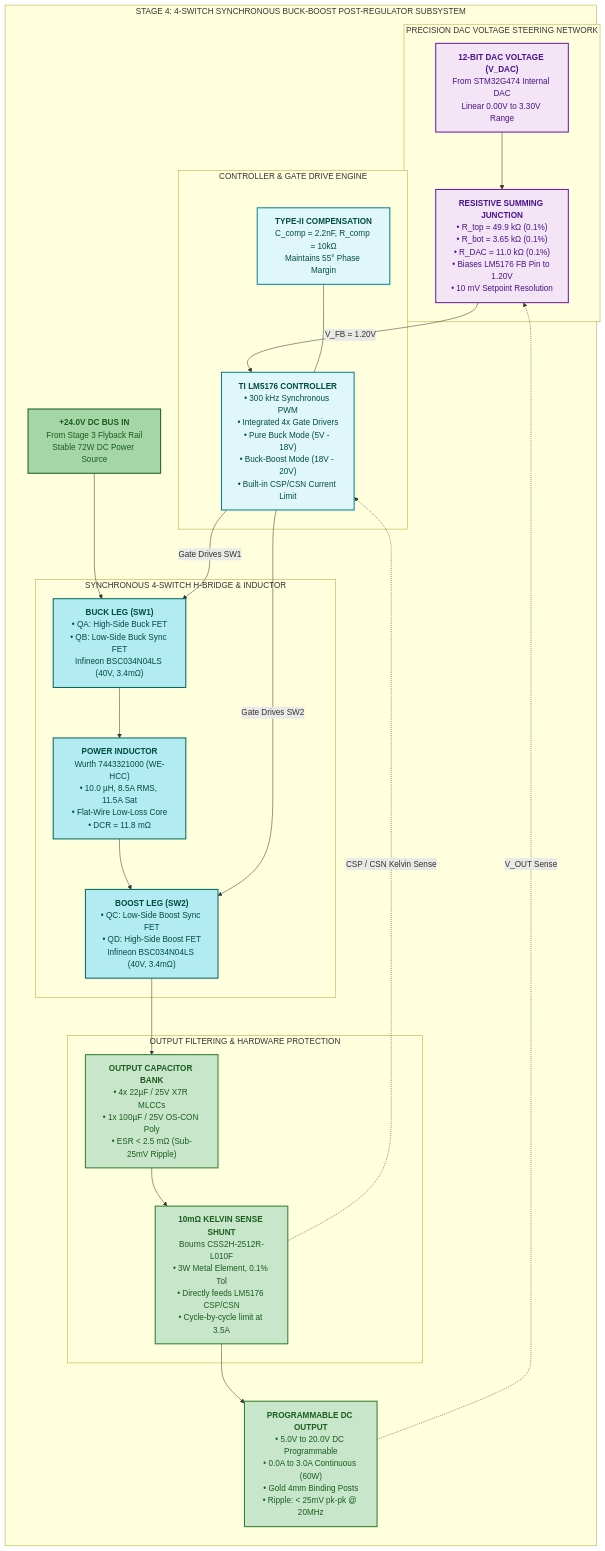
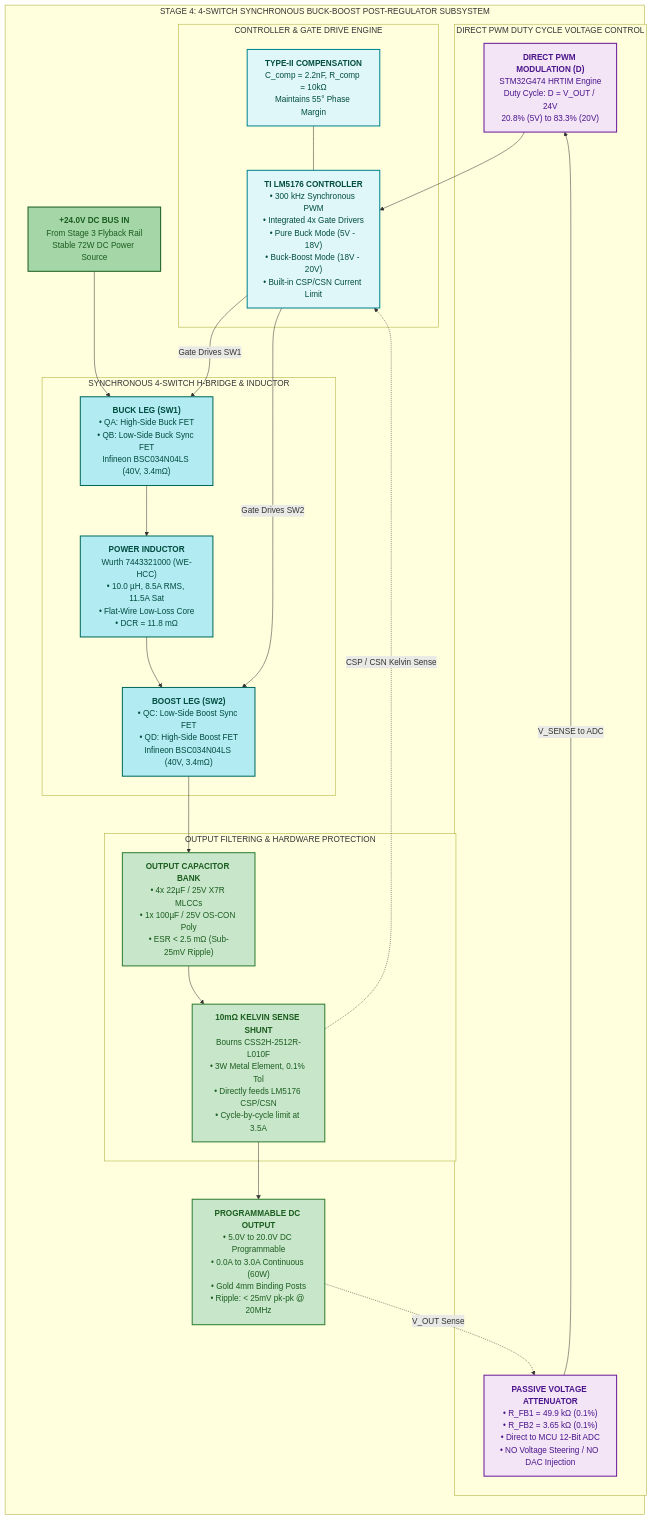
Before and after one commit to tthongs/av_iv: the diagram in final_prd_staging/mermaid/figure7_inside_stage4_buck_boost.mmd, drawn with Mermaid. The commit also changed 32 other files, not shown here.

Commit message:
feat: trash voltage steering, transition to direct PWM duty cycle voltage control, and regenerate connections diagram

```diff
--- a/final_prd_staging/mermaid/figure7_inside_stage4_buck_boost.mmd
+++ b/final_prd_staging/mermaid/figure7_inside_stage4_buck_boost.mmd
@@ -1,48 +1,48 @@
 flowchart LR
     classDef inStyle fill:#A5D6A7,stroke:#1B5E20,stroke-width:2px,color:#1B5E20
     classDef ctrlStyle fill:#E0F7FA,stroke:#00838F,stroke-width:2px,color:#004D40
     classDef bridgeStyle fill:#B2EBF2,stroke:#00695C,stroke-width:2px,color:#004D40
     classDef dacStyle fill:#F3E5F5,stroke:#6A1B9A,stroke-width:2px,color:#4A148C
     classDef outStyle fill:#C8E6C9,stroke:#2E7D32,stroke-width:2px,color:#1B5E20
 
     subgraph STAGE4_BUCKBOOST ["STAGE 4: 4-SWITCH SYNCHRONOUS BUCK-BOOST POST-REGULATOR SUBSYSTEM"]
         BUS_IN["<b>+24.0V DC BUS IN</b><br/>From Stage 3 Flyback Rail<br/>Stable 72W DC Power Source"]:::inStyle
 
         subgraph CONTROLLER_CELL ["CONTROLLER & GATE DRIVE ENGINE"]
             LM5176["<b>TI LM5176 CONTROLLER</b><br/>• 300 kHz Synchronous PWM<br/>• Integrated 4x Gate Drivers<br/>• Pure Buck Mode (5V - 18V)<br/>• Buck-Boost Mode (18V - 20V)<br/>• Built-in CSP/CSN Current Limit"]:::ctrlStyle
             COMP_NET["<b>TYPE-II COMPENSATION</b><br/>C_comp = 2.2nF, R_comp = 10kΩ<br/>Maintains 55° Phase Margin"]:::ctrlStyle
         end
 
         subgraph SWITCHING_H_BRIDGE ["SYNCHRONOUS 4-SWITCH H-BRIDGE & INDUCTOR"]
             QA_QB["<b>BUCK LEG (SW1)</b><br/>• QA: High-Side Buck FET<br/>• QB: Low-Side Buck Sync FET<br/>Infineon BSC034N04LS (40V, 3.4mΩ)"]:::bridgeStyle
             L_IND["<b>POWER INDUCTOR</b><br/>Wurth 7443321000 (WE-HCC)<br/>• 10.0 µH, 8.5A RMS, 11.5A Sat<br/>• Flat-Wire Low-Loss Core<br/>• DCR = 11.8 mΩ"]:::bridgeStyle
             QC_QD["<b>BOOST LEG (SW2)</b><br/>• QC: Low-Side Boost Sync FET<br/>• QD: High-Side Boost FET<br/>Infineon BSC034N04LS (40V, 3.4mΩ)"]:::bridgeStyle
         end
 
         subgraph OUTPUT_BANK ["OUTPUT FILTERING & HARDWARE PROTECTION"]
             OUT_CAPS["<b>OUTPUT CAPACITOR BANK</b><br/>• 4x 22µF / 25V X7R MLCCs<br/>• 1x 100µF / 25V OS-CON Poly<br/>• ESR &lt; 2.5 mΩ (Sub-25mV Ripple)"]:::outStyle
             SHUNT["<b>10mΩ KELVIN SENSE SHUNT</b><br/>Bourns CSS2H-2512R-L010F<br/>• 3W Metal Element, 0.1% Tol<br/>• Directly feeds LM5176 CSP/CSN<br/>• Cycle-by-cycle limit at 3.5A"]:::outStyle
         end
 
-        subgraph DAC_STEERING ["PRECISION DAC VOLTAGE STEERING NETWORK"]
-            DAC_IN["<b>12-BIT DAC VOLTAGE (V_DAC)</b><br/>From STM32G474 Internal DAC<br/>Linear 0.00V to 3.30V Range"]:::dacStyle
-            RES_SUM["<b>RESISTIVE SUMMING JUNCTION</b><br/>• R_top = 49.9 kΩ (0.1%)<br/>• R_bot = 3.65 kΩ (0.1%)<br/>• R_DAC = 11.0 kΩ (0.1%)<br/>• Biases LM5176 FB Pin to 1.20V<br/>• 10 mV Setpoint Resolution"]:::dacStyle
+        subgraph PWM_VOLTAGE_CONTROL ["DIRECT PWM DUTY CYCLE VOLTAGE CONTROL"]
+            PWM_IN["<b>DIRECT PWM MODULATION (D)</b><br/>STM32G474 HRTIM Engine<br/>Duty Cycle: D = V_OUT / 24V<br/>20.8% (5V) to 83.3% (20V)"]:::dacStyle
+            RES_SUM["<b>PASSIVE VOLTAGE ATTENUATOR</b><br/>• R_FB1 = 49.9 kΩ (0.1%)<br/>• R_FB2 = 3.65 kΩ (0.1%)<br/>• Direct to MCU 12-Bit ADC<br/>• NO Voltage Steering / NO DAC Injection"]:::dacStyle
         end
 
         OUT_POSTS["<b>PROGRAMMABLE DC OUTPUT</b><br/>• 5.0V to 20.0V DC Programmable<br/>• 0.0A to 3.0A Continuous (60W)<br/>• Gold 4mm Binding Posts<br/>• Ripple: &lt; 25mV pk-pk @ 20MHz"]:::outStyle
 
         BUS_IN --> QA_QB
         LM5176 -->|Gate Drives SW1| QA_QB
         QA_QB --> L_IND
         L_IND --> QC_QD
         LM5176 -->|Gate Drives SW2| QC_QD
         QC_QD --> OUT_CAPS
         OUT_CAPS --> SHUNT
         SHUNT --> OUT_POSTS
 
         SHUNT -.->|CSP / CSN Kelvin Sense| LM5176
         OUT_POSTS -.->|V_OUT Sense| RES_SUM
-        DAC_IN --> RES_SUM
-        RES_SUM -->|V_FB = 1.20V| LM5176
+        PWM_IN --> LM5176
+        RES_SUM -->|V_SENSE to ADC| PWM_IN
         COMP_NET --- LM5176
     end
```
